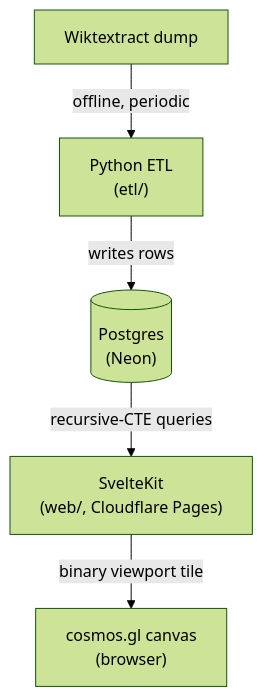
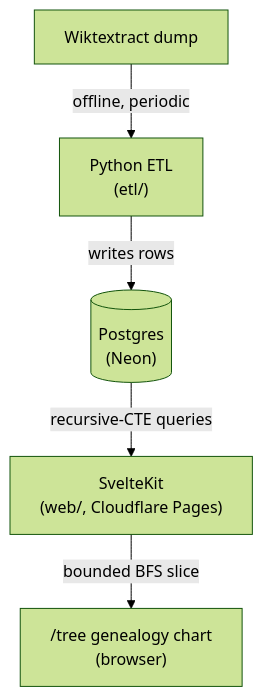
Before and after one commit to van-riper/etymyriad: the diagram in README.md, drawn with Mermaid (forest theme). The commit also changed other lines of this file, not shown here.

First line of the commit message:
docs: sync README with /tree pivot

````diff
--- a/README.md
+++ b/README.md
@@ -22,7 +21,7 @@
 ```mermaid
 flowchart TD
     dump["Wiktextract dump"] -->|offline, periodic| etl["Python ETL<br/>(etl/)"]
     etl -->|writes rows| db[("Postgres<br/>(Neon)")]
     db -->|recursive-CTE queries| web["SvelteKit<br/>(web/, Cloudflare Pages)"]
-    web -->|binary viewport tile| canvas["cosmos.gl canvas<br/>(browser)"]
+    web -->|bounded BFS slice| tree["/tree genealogy chart<br/>(browser)"]
 ```
````
